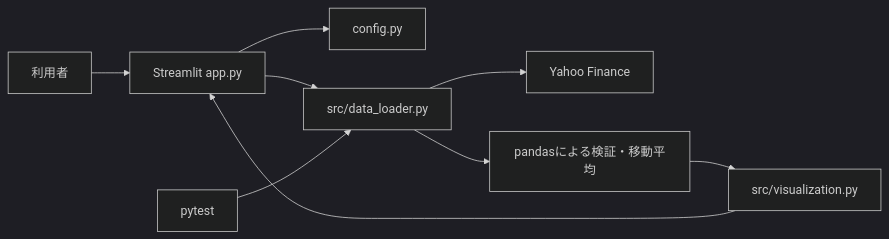
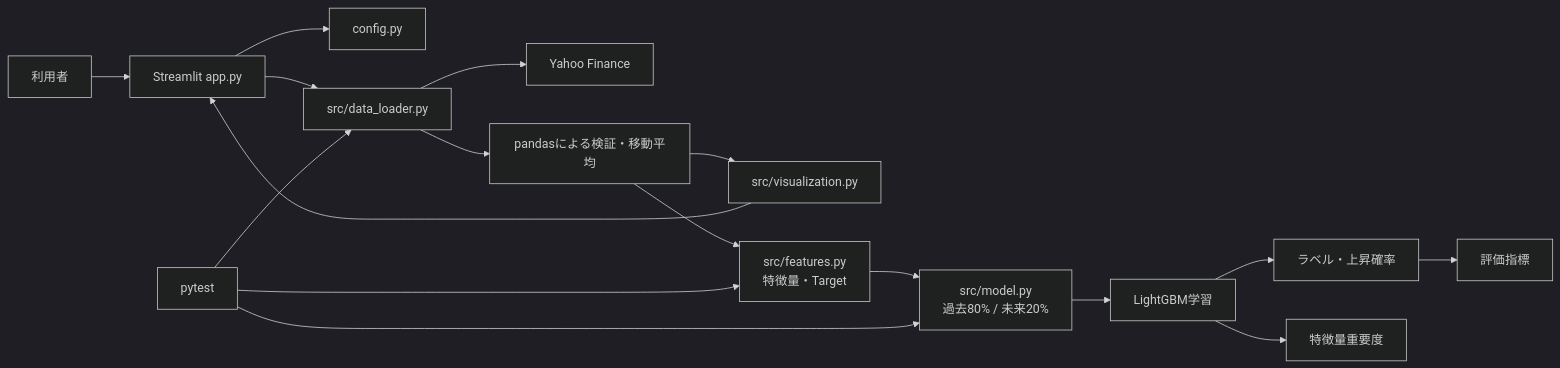
Before and after one commit to kosei16725/stock-analysis-dashboard: the diagram in docs/system_design.md, drawn with Mermaid (dark theme). The commit also changed other lines of this file and 5 other files, not shown here.

````diff
--- a/docs/system_design.md
+++ b/docs/system_design.md
@@ -28,11 +28,19 @@
 ```mermaid
 flowchart LR
     U[利用者] --> A[Streamlit app.py]
     A --> C[config.py]
     A --> D[src/data_loader.py]
     D --> Y[Yahoo Finance]
     D --> P[pandasによる検証・移動平均]
     P --> V[src/visualization.py]
     V --> A
+    P --> F[src/features.py<br/>特徴量・Target]
+    F --> S[src/model.py<br/>過去80% / 未来20%]
+    S --> M[LightGBM学習]
+    M --> R[ラベル・上昇確率]
+    R --> E[評価指標]
+    M --> I[特徴量重要度]
     T[pytest] --> D
+    T --> F
+    T --> S
 ```
````
